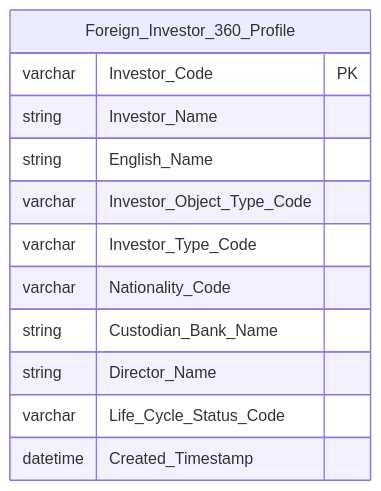
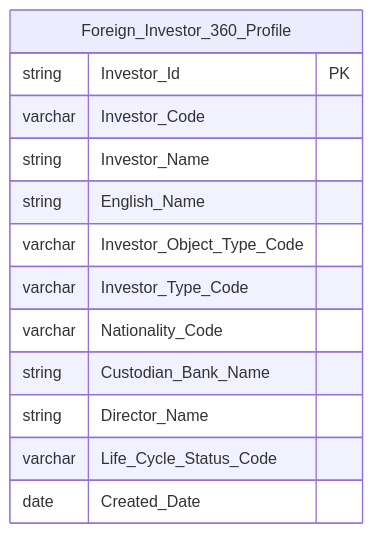
Before and after one commit to linhlvit/ubck_atomic_design: diagram 24 of 34 in Datamart/hld/DTM_NDTNN_HLD.md, drawn with Mermaid. The commit also changed other lines of this file and 10 other files, not shown here.

````diff
--- a/Datamart/hld/DTM_NDTNN_HLD.md
+++ b/Datamart/hld/DTM_NDTNN_HLD.md
@@ -1105,15 +1077,17 @@
 ```mermaid
 erDiagram
     Foreign_Investor_360_Profile {
-        varchar Investor_Code PK
+        string Investor_Id PK
+        varchar Investor_Code
         string Investor_Name
         string English_Name
         varchar Investor_Object_Type_Code
         varchar Investor_Type_Code
         varchar Nationality_Code
         string Custodian_Bank_Name
         string Director_Name
         varchar Life_Cycle_Status_Code
-        datetime Created_Timestamp
+        date Created_Date
     }
+
 ```
````
